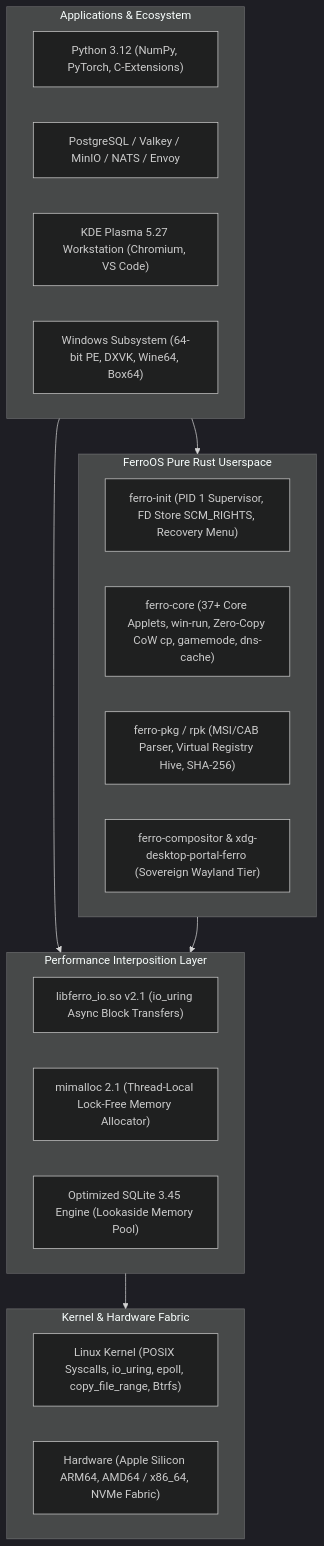
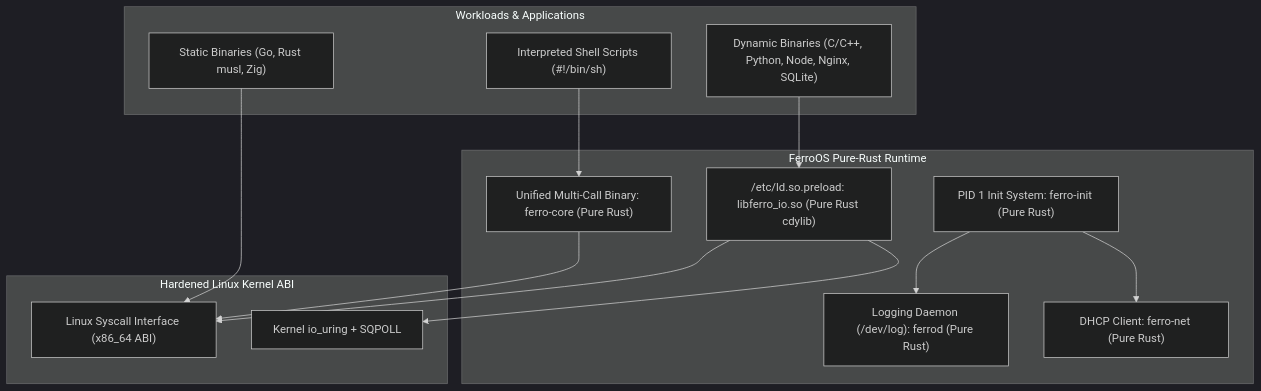
The diagram in README.md (Praveen-1308/ferro-os), drawn with Mermaid (dark theme) before and after one commit. The commit also changed other lines of this file, not shown here.

Commit message:
docs(readme): create comprehensive pure-Rust Linux OS README with architecture, benchmarks, and cloud guide

````diff
--- a/README.md
+++ b/README.md
@@ -361,32 +44,30 @@
 ```mermaid
-flowchart TD
-    subgraph Apps["Applications & Ecosystem"]
-        A1["Python 3.12 (NumPy, PyTorch, C-Extensions)"]
-        A2["PostgreSQL / Valkey / MinIO / NATS / Envoy"]
-        A3["KDE Plasma 5.27 Workstation (Chromium, VS Code)"]
-        A4["Windows Subsystem (64-bit PE, DXVK, Wine64, Box64)"]
+graph TD
+    subgraph "Workloads & Applications"
+        W1["Static Binaries (Go, Rust musl, Zig)"]
+        W2["Dynamic Binaries (C/C++, Python, Node, Nginx, SQLite)"]
+        W3["Interpreted Shell Scripts (#!/bin/sh)"]
     end
 
-    subgraph Userspace["FerroOS Pure Rust Userspace"]
-        U1["ferro-init (PID 1 Supervisor, FD Store SCM_RIGHTS, Recovery Menu)"]
-        U2["ferro-core (37+ Core Applets, win-run, Zero-Copy CoW cp, gamemode, dns-cache)"]
-        U3["ferro-pkg / rpk (MSI/CAB Parser, Virtual Registry Hive, SHA-256)"]
-        U4["ferro-compositor & xdg-desktop-portal-ferro (Sovereign Wayland Tier)"]
+    subgraph "FerroOS Pure-Rust Runtime"
+        Preload["/etc/ld.so.preload: libferro_io.so (Pure Rust cdylib)"]
+        Core["Unified Multi-Call Binary: ferro-core (Pure Rust)"]
+        Init["PID 1 Init System: ferro-init (Pure Rust)"]
+        Syslog["Logging Daemon (/dev/log): ferrod (Pure Rust)"]
+        Net["DHCP Client: ferro-net (Pure Rust)"]
     end
 
-    subgraph Shims["Performance Interposition Layer"]
-        S1["libferro_io.so v2.1 (io_uring Async Block Transfers)"]
-        S2["mimalloc 2.1 (Thread-Local Lock-Free Memory Allocator)"]
-        S3["Optimized SQLite 3.45 Engine (Lookaside Memory Pool)"]
+    subgraph "Hardened Linux Kernel ABI"
+        Syscalls["Linux Syscall Interface (x86_64 ABI)"]
+        Uring["Kernel io_uring + SQPOLL"]
     end
 
-    subgraph Kernel["Kernel & Hardware Fabric"]
-        K1["Linux Kernel (POSIX Syscalls, io_uring, epoll, copy_file_range, Btrfs)"]
-        K2["Hardware (Apple Silicon ARM64, AMD64 / x86_64, NVMe Fabric)"]
-    end
-
-    Apps --> Userspace
-    Apps --> Shims
-    Userspace --> Shims
-    Shims --> Kernel
+    W1 --> Syscalls
+    W2 --> Preload
+    Preload --> Uring
+    Preload --> Syscalls
+    W3 --> Core
+    Core --> Syscalls
+    Init --> Syslog
+    Init --> Net
 ```
````
